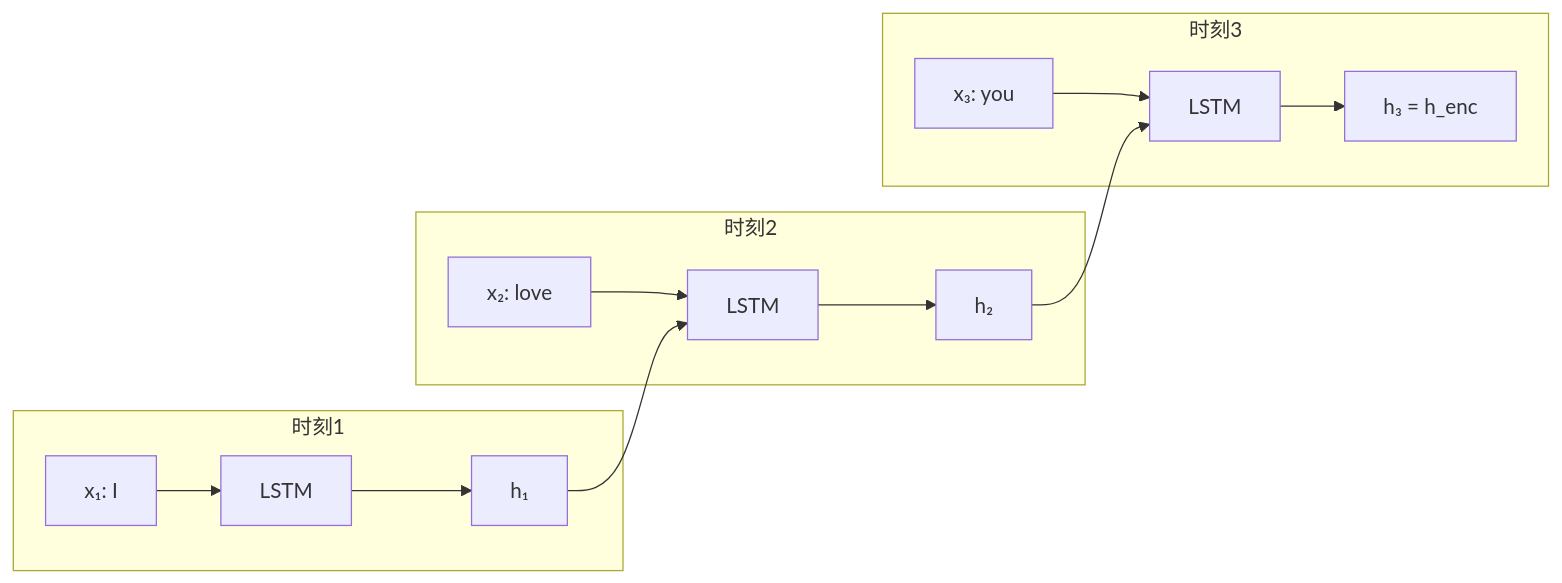
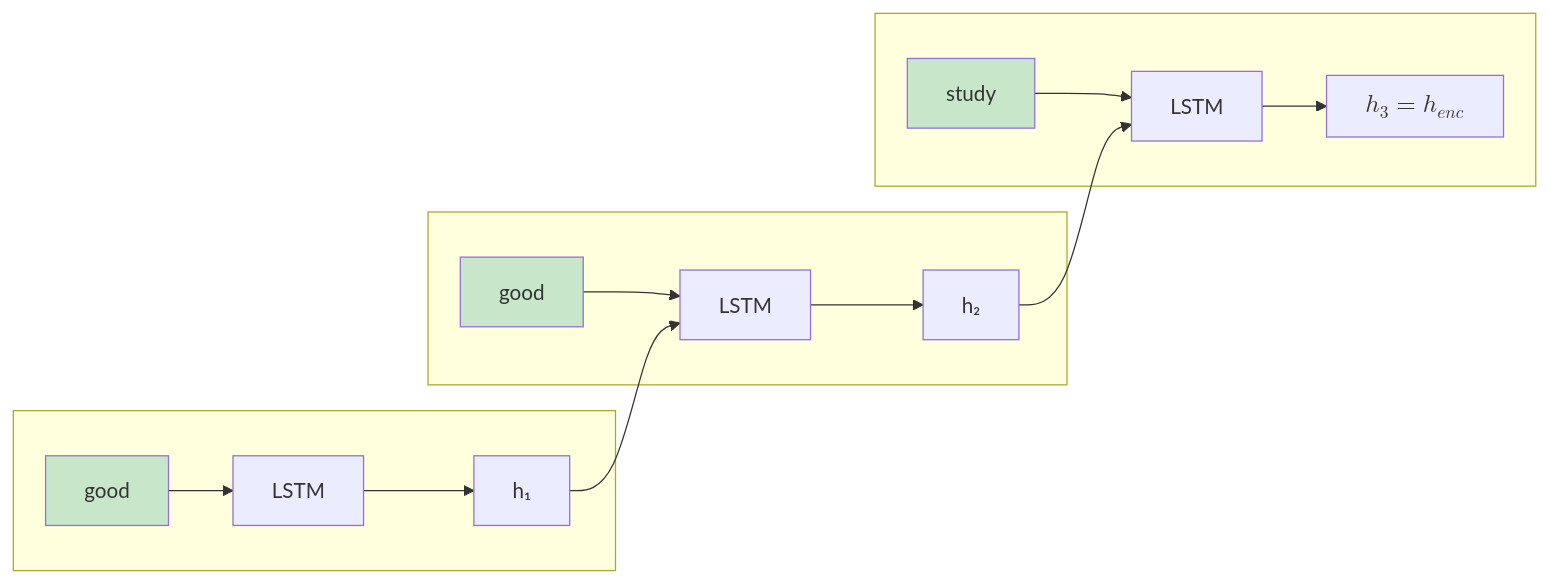
One commit to fenixsoft/dmla changed the first of 2 diagrams in docs/deep-learning/sequence-models/seq2seq.md. Above: the diagram before and after it, drawn with Mermaid. The commit also changed other lines of this file and 42 other files, not shown here.

````diff
--- a/docs/deep-learning/sequence-models/seq2seq.md
+++ b/docs/deep-learning/sequence-models/seq2seq.md
@@ -81,19 +17,23 @@
-```mermaid
+```mermaid compact
 graph LR
-    subgraph 时刻1
-        X1["x₁: I"] --> LSTM1[LSTM]
+    subgraph " "
+        X1["good"] --> LSTM1[LSTM]
         LSTM1 --> H1["h₁"]
     end
     
-    subgraph 时刻2
-        X2["x₂: love"] --> LSTM2[LSTM]
+    subgraph " "
+        X2["good"] --> LSTM2[LSTM]
         H1 --> LSTM2
         LSTM2 --> H2["h₂"]
     end
     
-    subgraph 时刻3
-        X3["x₃: you"] --> LSTM3[LSTM]
+    subgraph " "
+        X3["study"] --> LSTM3[LSTM]
         H2 --> LSTM3
-        LSTM3 --> H3["h₃ = h_enc"]
+        LSTM3 --> H3["$$h₃ = h_{enc}$$"]
     end
+
+    style X1 fill:#c8e6c9
+    style X2 fill:#c8e6c9
+    style X3 fill:#c8e6c9
 ```
````
